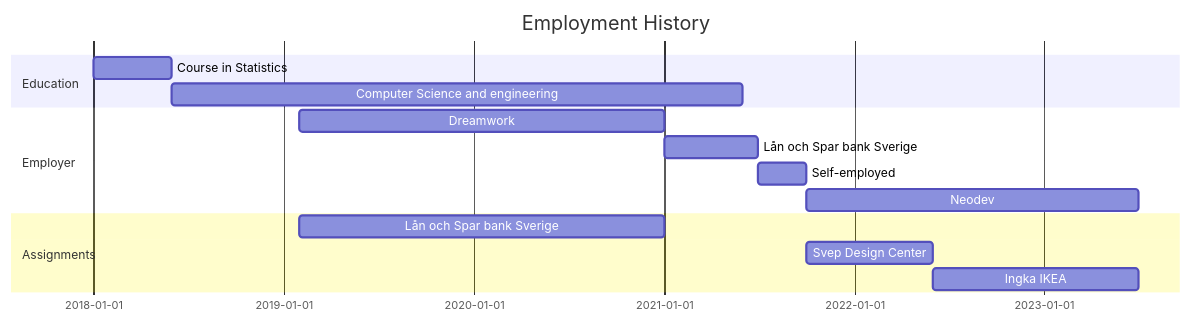
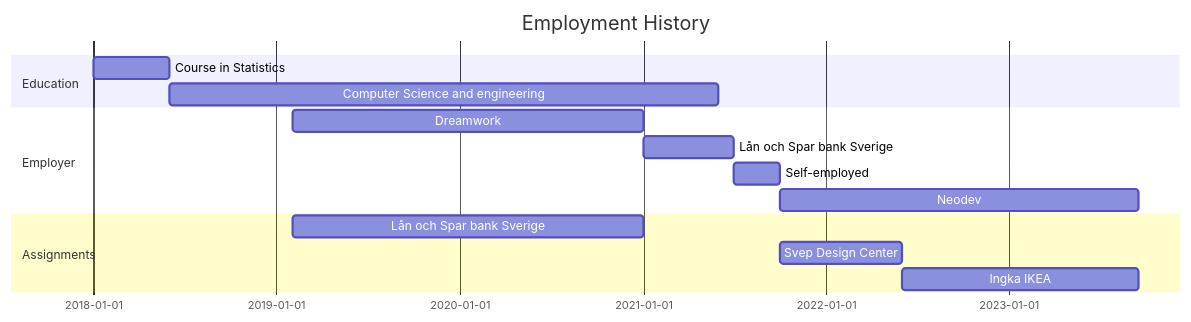
One commit to ridulfo/nicolo.se changed the diagram in employment-diagram.md. Above: the diagram before and after it, drawn with Mermaid. The commit also changed 2 other files, not shown here.

Commit message:
Updated mermaids

````diff
--- a/employment-diagram.md
+++ b/employment-diagram.md
@@ -1,18 +1,18 @@
 ```mermaid
 gantt
     title Employment History
     todayMarker off
     dateFormat  YYYY-MM-DD
     section Education
     Course in Statistics             :2018-01-01, 2018-06-01
     Computer Science and engineering :2018-06-01, 2021-06-01
     section Employer
     Dreamwork                        :2019-02-01, 2021-01-01
     Lån och Spar bank Sverige        :2021-01-01, 2021-07-01
     Self-employed                    :2021-07-01, 2021-10-01 
-    Neodev                           :2021-10-01, 2023-07-01
+    Neodev                           :2021-10-01, 2023-09-16
     section Assignments
     Lån och Spar bank Sverige        :2019-02-01, 2021-01-01
     Svep Design Center               :2021-10-01, 2022-06-01
-    Ingka IKEA                       :2022-06-01, 2023-07-01
+    Ingka IKEA                       :2022-06-01, 2023-09-16
 ```
````
